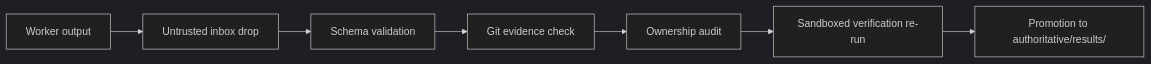
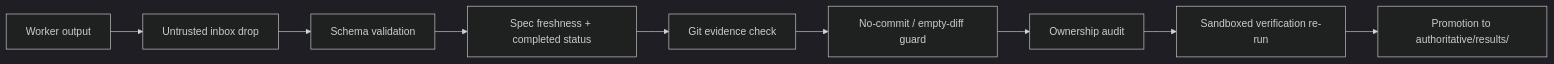
Before and after one commit to 1TommyCheung/hydra-swarm: the diagram in docs/task-result-review-contracts.md, drawn with Mermaid (dark theme). The commit also changed other lines of this file and 6 other files, not shown here.

````diff
--- a/docs/task-result-review-contracts.md
+++ b/docs/task-result-review-contracts.md
@@ -68,9 +68,11 @@
 ```mermaid
 flowchart LR
     W["Worker output"] --> D["Untrusted inbox drop"]
     D --> V["Schema validation"]
-    V --> G["Git evidence check"]
-    G --> O["Ownership audit"]
+    V --> S["Spec freshness + completed status"]
+    S --> G["Git evidence check"]
+    G --> N["No-commit / empty-diff guard"]
+    N --> O["Ownership audit"]
     O --> R["Sandboxed verification re-run"]
     R --> P["Promotion to authoritative/results/"]
 ```
````
